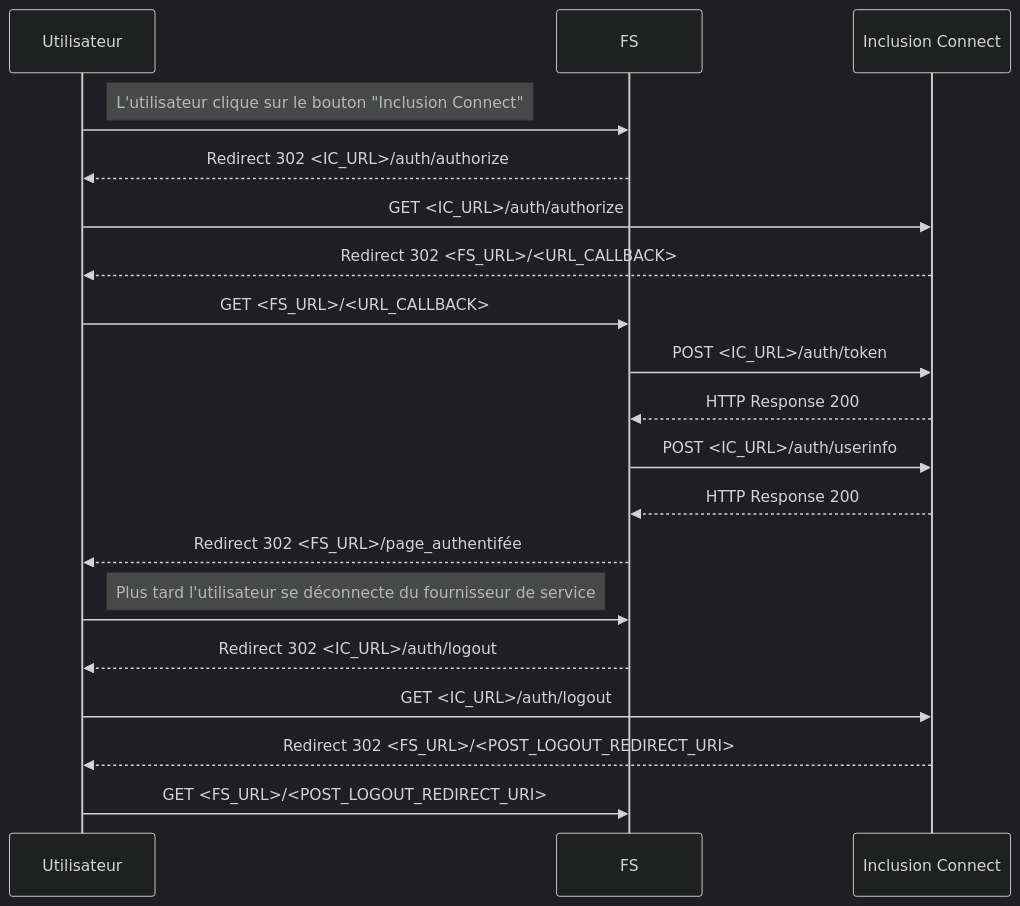
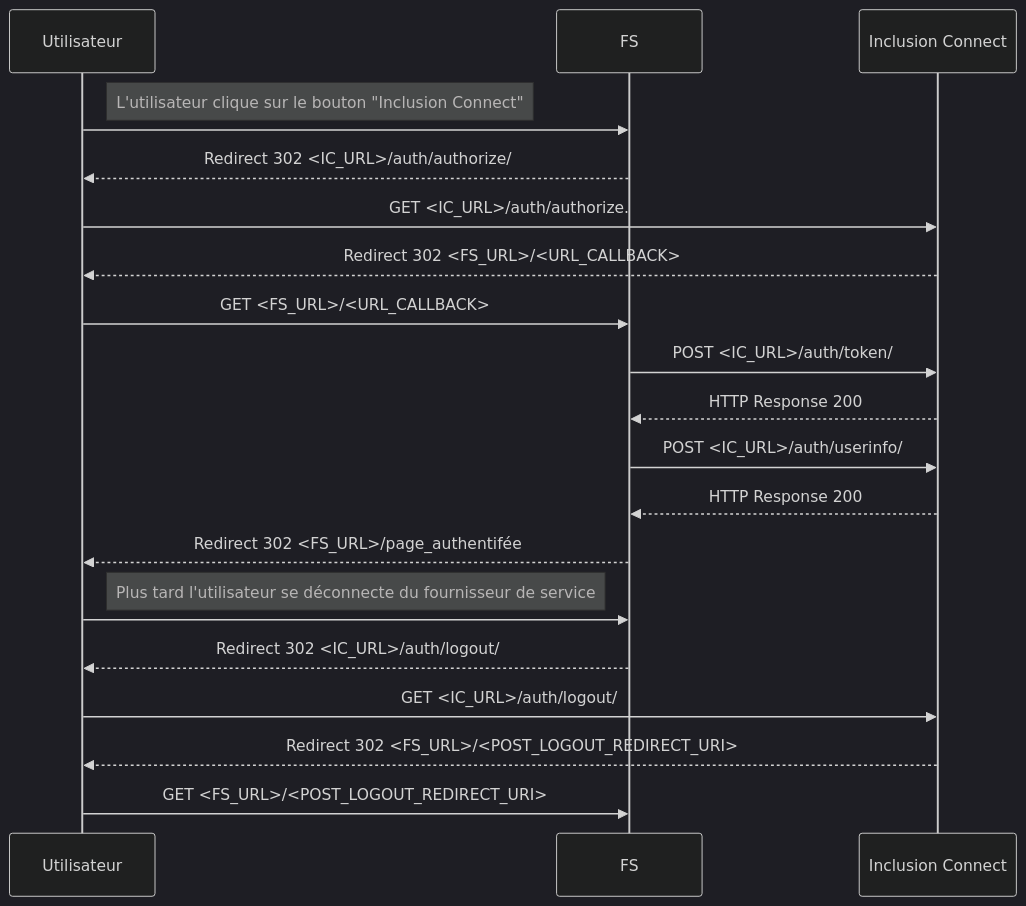
Before and after one commit to gip-inclusion/inclusion-connect: the diagram in docs/inclusion_connect.md, drawn with Mermaid (dark theme). The commit also changed other lines of this file and 1 other file, not shown here.

````diff
--- a/docs/inclusion_connect.md
+++ b/docs/inclusion_connect.md
@@ -30,20 +30,20 @@
 ```mermaid
 sequenceDiagram
 Note right of Utilisateur: L'utilisateur clique sur le bouton "Inclusion Connect"
 Utilisateur ->> FS: ;
-FS -->> Utilisateur: Redirect 302 <IC_URL>/auth/authorize
-Utilisateur ->> Inclusion Connect: GET <IC_URL>/auth/authorize
+FS -->> Utilisateur: Redirect 302 <IC_URL>/auth/authorize/
+Utilisateur ->> Inclusion Connect: GET <IC_URL>/auth/authorize.
 Inclusion Connect -->> Utilisateur: Redirect 302 <FS_URL>/<URL_CALLBACK>
 Utilisateur ->> FS: GET <FS_URL>/<URL_CALLBACK>
-FS ->> Inclusion Connect: POST <IC_URL>/auth/token
+FS ->> Inclusion Connect: POST <IC_URL>/auth/token/
 Inclusion Connect -->> FS: HTTP Response 200
-FS ->> Inclusion Connect: POST <IC_URL>/auth/userinfo
+FS ->> Inclusion Connect: POST <IC_URL>/auth/userinfo/
 Inclusion Connect -->> FS: HTTP Response 200
 FS -->> Utilisateur: Redirect 302 <FS_URL>/page_authentifée
 Note right of Utilisateur: Plus tard l'utilisateur se déconnecte du fournisseur de service
 Utilisateur ->> FS: ;
-FS -->> Utilisateur: Redirect 302 <IC_URL>/auth/logout
-Utilisateur ->> Inclusion Connect: GET <IC_URL>/auth/logout
+FS -->> Utilisateur: Redirect 302 <IC_URL>/auth/logout/
+Utilisateur ->> Inclusion Connect: GET <IC_URL>/auth/logout/
 Inclusion Connect -->> Utilisateur: Redirect 302 <FS_URL>/<POST_LOGOUT_REDIRECT_URI>
 Utilisateur ->> FS: GET <FS_URL>/<POST_LOGOUT_REDIRECT_URI>
 ```
````
